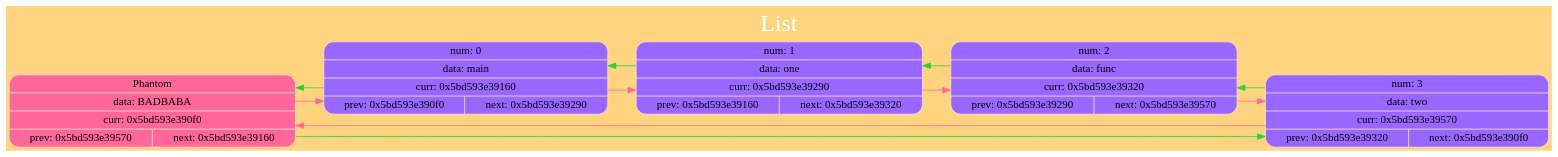
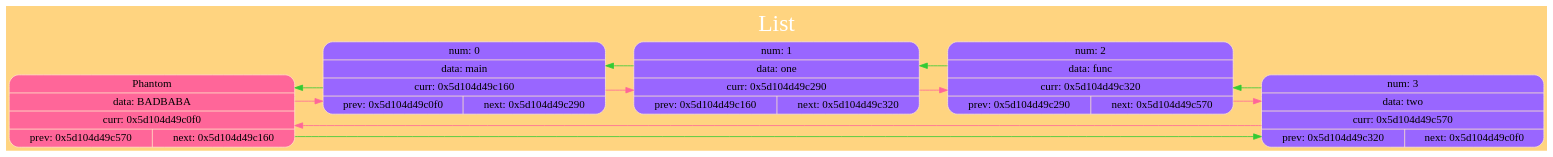
Before and after one commit to kand1bober/OOSD-Language: the diagram in StringList/dump/ListGraph.dot, drawn with Graphviz. The commit also changed 12 other files, not shown here.

```diff
--- a/StringList/dump/ListGraph.dot
+++ b/StringList/dump/ListGraph.dot
@@ -1,28 +1,28 @@
 digraph G
 {
 label="List";
  labelloc="t";
  fontsize=30
  fontname="Verdana";
  fontcolor="#FFFFFF"
 
 rankdir=LR; splines=ortho; size="200,300"; bgcolor="#ffd480";
-{ node_0x5bd593e390f0 [shape = record; style="rounded, filled", fillcolor="#ff6699", color="#FFE9C7", label=" { Phantom } | { data: BADBABA } | { curr: 0x5bd593e390f0 } | { { prev: 0x5bd593e39570 } | { next: 0x5bd593e39160 } }  "] 
+{ node_0x5d104d49c0f0 [shape = record; style="rounded, filled", fillcolor="#ff6699", color="#FFE9C7", label=" { Phantom } | { data: BADBABA } | { curr: 0x5d104d49c0f0 } | { { prev: 0x5d104d49c570 } | { next: 0x5d104d49c160 } }  "] 
 }
-node_0x5bd593e39160 [shape = record; style="rounded, filled", fillcolor="#9966FF", color="#FFE9C7", label=" { num: 0 } | { data: main } | { curr: 0x5bd593e39160 } | { { prev: 0x5bd593e390f0 } | { next: 0x5bd593e39290 } }  "] 
-node_0x5bd593e39290 [shape = record; style="rounded, filled", fillcolor="#9966FF", color="#FFE9C7", label=" { num: 1 } | { data: one } | { curr: 0x5bd593e39290 } | { { prev: 0x5bd593e39160 } | { next: 0x5bd593e39320 } }  "] 
-node_0x5bd593e39320 [shape = record; style="rounded, filled", fillcolor="#9966FF", color="#FFE9C7", label=" { num: 2 } | { data: func } | { curr: 0x5bd593e39320 } | { { prev: 0x5bd593e39290 } | { next: 0x5bd593e39570 } }  "] 
-node_0x5bd593e39570 [shape = record; style="rounded, filled", fillcolor="#9966FF", color="#FFE9C7", label=" { num: 3 } | { data: two } | { curr: 0x5bd593e39570 } | { { prev: 0x5bd593e39320 } | { next: 0x5bd593e390f0 } }  "] 
+node_0x5d104d49c160 [shape = record; style="rounded, filled", fillcolor="#9966FF", color="#FFE9C7", label=" { num: 0 } | { data: main } | { curr: 0x5d104d49c160 } | { { prev: 0x5d104d49c0f0 } | { next: 0x5d104d49c290 } }  "] 
+node_0x5d104d49c290 [shape = record; style="rounded, filled", fillcolor="#9966FF", color="#FFE9C7", label=" { num: 1 } | { data: one } | { curr: 0x5d104d49c290 } | { { prev: 0x5d104d49c160 } | { next: 0x5d104d49c320 } }  "] 
+node_0x5d104d49c320 [shape = record; style="rounded, filled", fillcolor="#9966FF", color="#FFE9C7", label=" { num: 2 } | { data: func } | { curr: 0x5d104d49c320 } | { { prev: 0x5d104d49c290 } | { next: 0x5d104d49c570 } }  "] 
+node_0x5d104d49c570 [shape = record; style="rounded, filled", fillcolor="#9966FF", color="#FFE9C7", label=" { num: 3 } | { data: two } | { curr: 0x5d104d49c570 } | { { prev: 0x5d104d49c320 } | { next: 0x5d104d49c0f0 } }  "] 
 
-node_0x5bd593e390f0 -> node_0x5bd593e39160 [color ="#ff6699"];
-node_0x5bd593e390f0 -> node_0x5bd593e39570 [color ="#34cb34"];
-node_0x5bd593e39160 -> node_0x5bd593e39290 [color ="#ff6699"];
-node_0x5bd593e39160 -> node_0x5bd593e390f0 [color ="#34cb34"];
-node_0x5bd593e39290 -> node_0x5bd593e39320 [color ="#ff6699"];
-node_0x5bd593e39290 -> node_0x5bd593e39160 [color ="#34cb34"];
-node_0x5bd593e39320 -> node_0x5bd593e39570 [color ="#ff6699"];
-node_0x5bd593e39320 -> node_0x5bd593e39290 [color ="#34cb34"];
-node_0x5bd593e39570 -> node_0x5bd593e390f0 [color ="#ff6699"];
-node_0x5bd593e39570 -> node_0x5bd593e39320 [color ="#34cb34"];
+node_0x5d104d49c0f0 -> node_0x5d104d49c160 [color ="#ff6699"];
+node_0x5d104d49c0f0 -> node_0x5d104d49c570 [color ="#34cb34"];
+node_0x5d104d49c160 -> node_0x5d104d49c290 [color ="#ff6699"];
+node_0x5d104d49c160 -> node_0x5d104d49c0f0 [color ="#34cb34"];
+node_0x5d104d49c290 -> node_0x5d104d49c320 [color ="#ff6699"];
+node_0x5d104d49c290 -> node_0x5d104d49c160 [color ="#34cb34"];
+node_0x5d104d49c320 -> node_0x5d104d49c570 [color ="#ff6699"];
+node_0x5d104d49c320 -> node_0x5d104d49c290 [color ="#34cb34"];
+node_0x5d104d49c570 -> node_0x5d104d49c0f0 [color ="#ff6699"];
+node_0x5d104d49c570 -> node_0x5d104d49c320 [color ="#34cb34"];
 
 }
```
